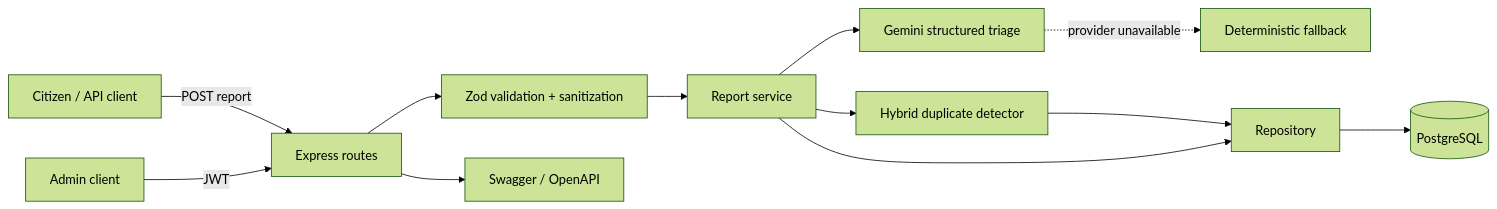
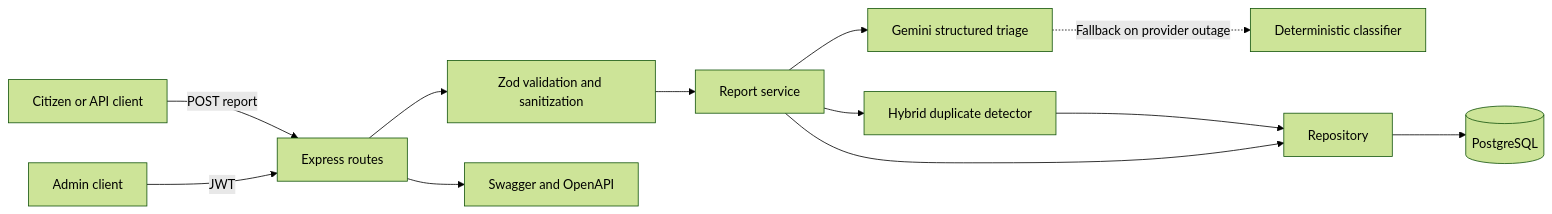
One commit to khalidumar29/CrisisDesk-AI-Ieee changed the diagram in README.md. Above: the diagram before and after it, drawn with Mermaid (forest theme). The commit also changed other lines of this file, not shown here.

Commit message:
docs: update feature checklist and architecture diagram in README

````diff
--- a/README.md
+++ b/README.md
@@ -21,14 +21,14 @@
 ```mermaid
-flowchart LR
-    C[Citizen / API client] -->|POST report| E[Express routes]
-    A[Admin client] -->|JWT| E
-    E --> Z[Zod validation + sanitization]
-    Z --> S[Report service]
-    S --> G[Gemini structured triage]
-    G -. provider unavailable .-> F[Deterministic fallback]
-    S --> D[Hybrid duplicate detector]
-    D --> R[Repository]
+graph LR
+    C["Citizen or API client"] -->|"POST report"| E["Express routes"]
+    A["Admin client"] -->|"JWT"| E
+    E --> Z["Zod validation and sanitization"]
+    Z --> S["Report service"]
+    S --> G["Gemini structured triage"]
+    G -.->|"Fallback on provider outage"| F["Deterministic classifier"]
+    S --> D["Hybrid duplicate detector"]
+    D --> R["Repository"]
     S --> R
-    R --> P[(PostgreSQL)]
-    E --> W[Swagger / OpenAPI]
+    R --> P[("PostgreSQL")]
+    E --> W["Swagger and OpenAPI"]
 ```
````
